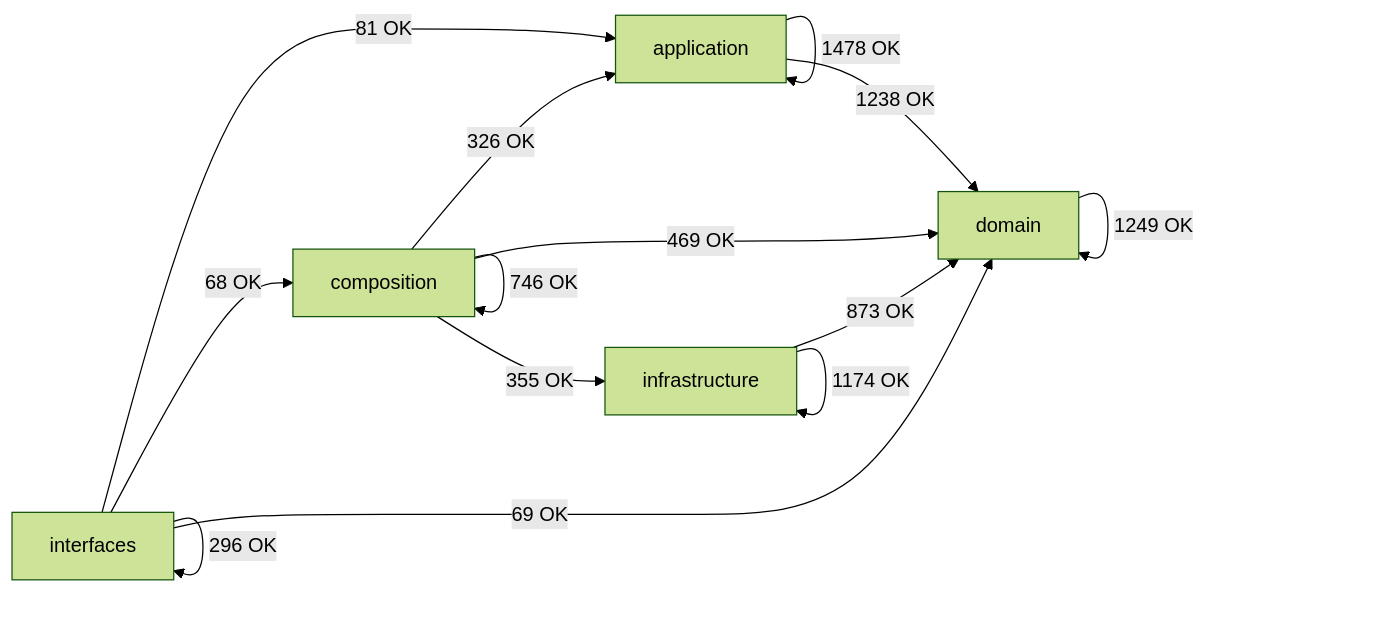
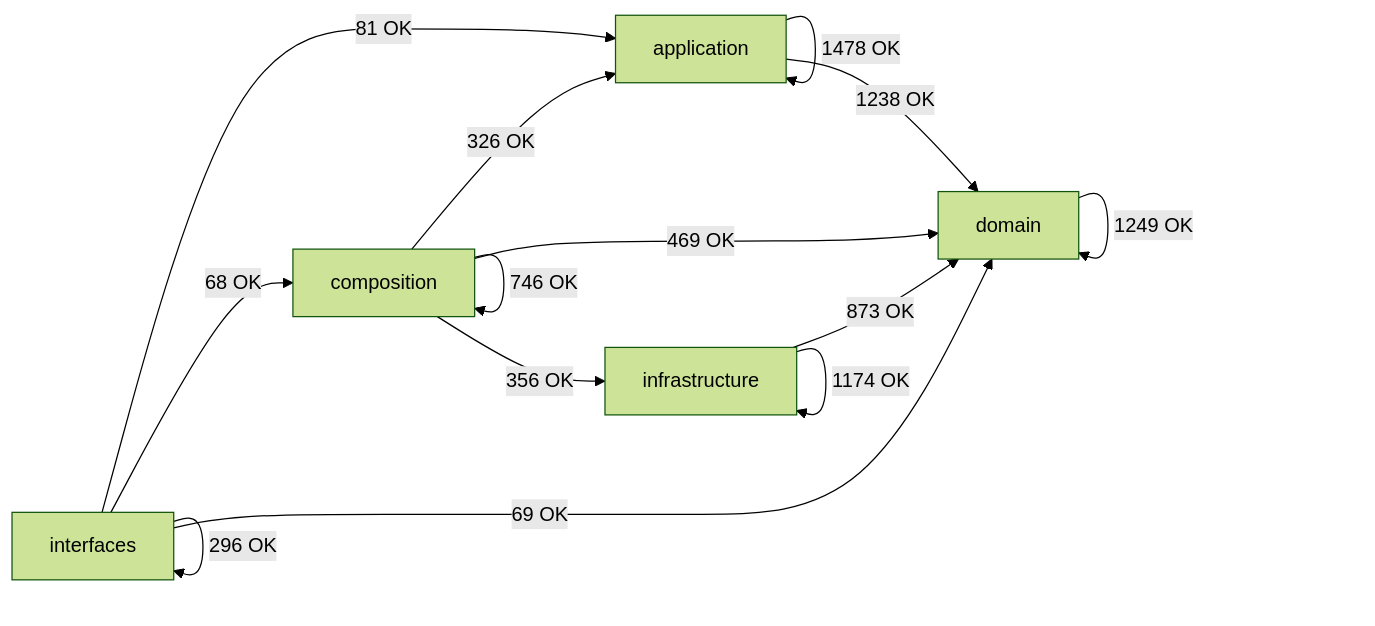
Before and after one commit to SatoryKono/BioactivityDataAcquisition: the diagram in docs/02-architecture/generated/module-dependency-map.md, drawn with Mermaid (forest theme). The commit also changed other lines of this file and 45 other files, not shown here.

````diff
--- a/docs/02-architecture/generated/module-dependency-map.md
+++ b/docs/02-architecture/generated/module-dependency-map.md
@@ -17,21 +17,21 @@
 ```mermaid
 flowchart LR
     domain[domain]
     application[application]
     infrastructure[infrastructure]
     composition[composition]
     interfaces[interfaces]
     application -->|1478 OK| application
     application -->|1238 OK| domain
     composition -->|326 OK| application
     composition -->|746 OK| composition
     composition -->|469 OK| domain
-    composition -->|355 OK| infrastructure
+    composition -->|356 OK| infrastructure
     domain -->|1249 OK| domain
     infrastructure -->|873 OK| domain
     infrastructure -->|1174 OK| infrastructure
     interfaces -->|81 OK| application
     interfaces -->|68 OK| composition
     interfaces -->|69 OK| domain
     interfaces -->|296 OK| interfaces
 ```
````
